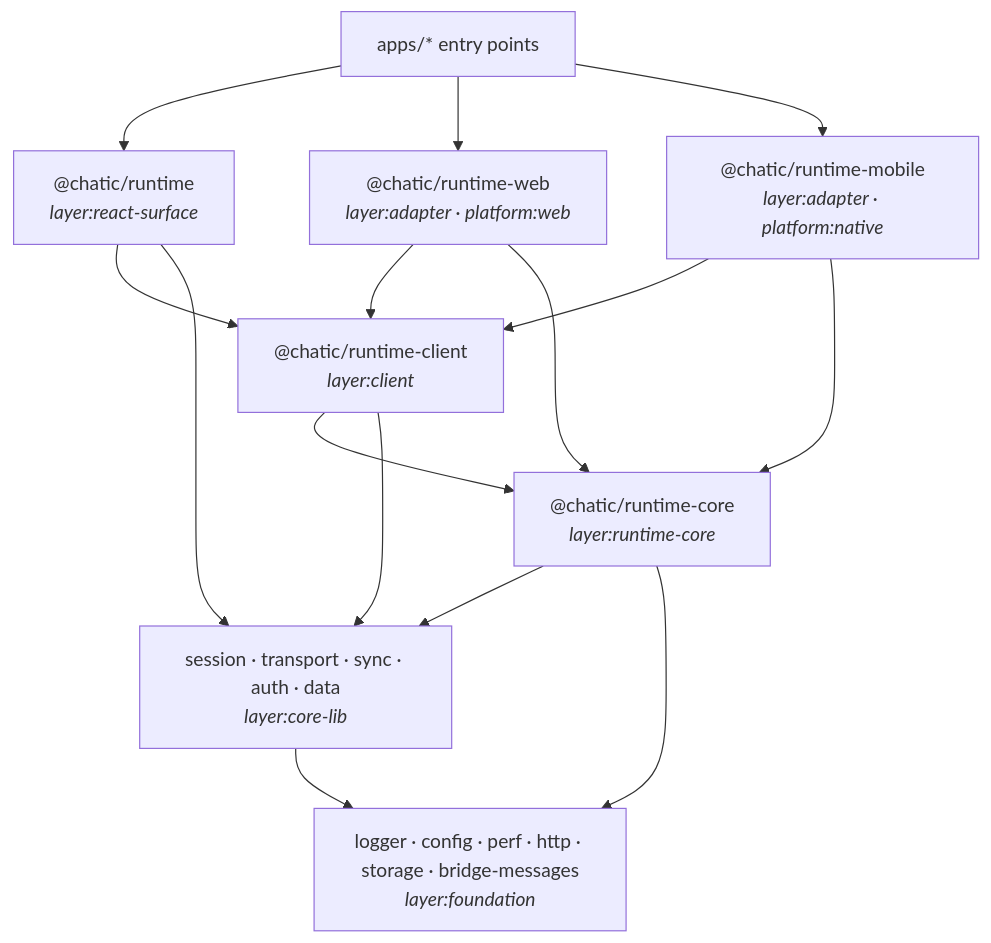
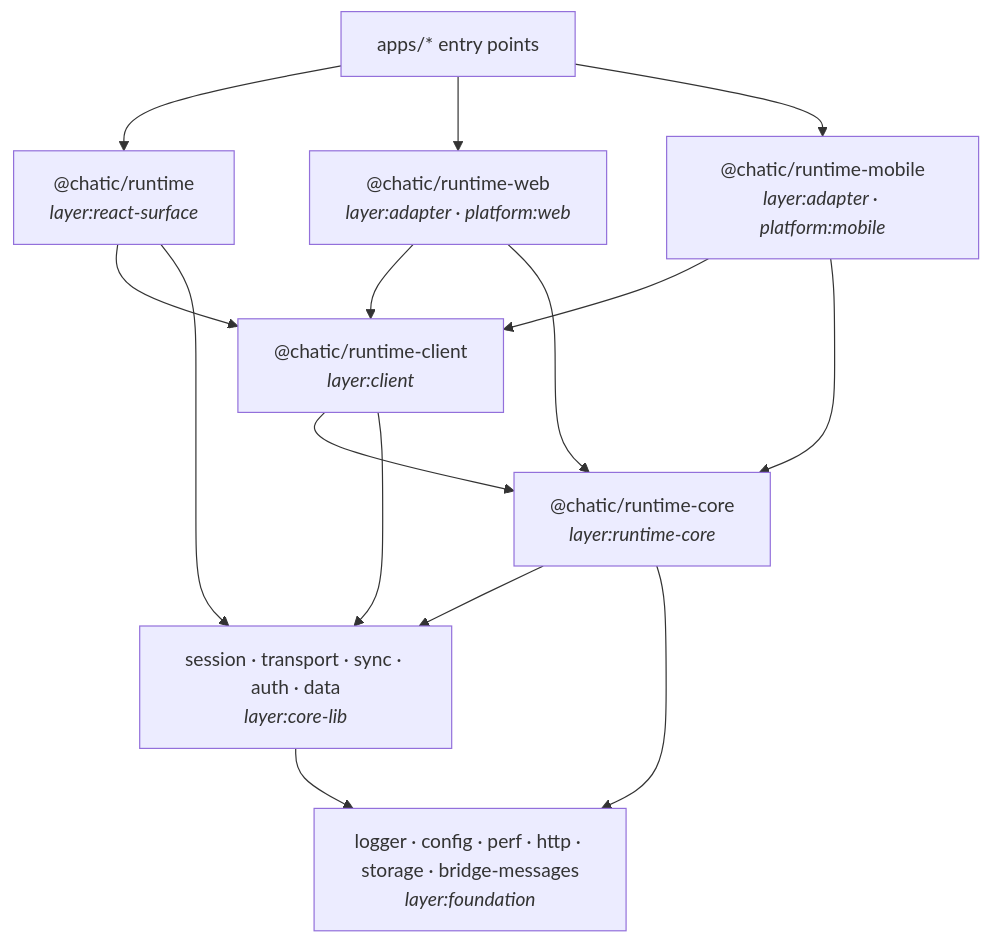
One commit to lemoncloud-io/dou-app changed the diagram in libs/runtime-core/README.md. Above: the diagram before and after it, drawn with Mermaid. The commit also changed other lines of this file and 62 other files, not shown here.

First line of the commit message:
refactor(config): tag every project on layer, platform and formfactor axes

````diff
--- a/libs/runtime-core/README.md
+++ b/libs/runtime-core/README.md
@@ -131,26 +131,26 @@
 ```mermaid
 flowchart TD
     Apps["apps/* entry points"]
     Surface["@chatic/runtime<br/><i>layer:react-surface</i>"]
     Client["@chatic/runtime-client<br/><i>layer:client</i>"]
     Web["@chatic/runtime-web<br/><i>layer:adapter · platform:web</i>"]
-    Native["@chatic/runtime-mobile<br/><i>layer:adapter · platform:native</i>"]
+    Native["@chatic/runtime-mobile<br/><i>layer:adapter · platform:mobile</i>"]
     Core["@chatic/runtime-core<br/><i>layer:runtime-core</i>"]
     Libs["session · transport · sync · auth · data<br/><i>layer:core-lib</i>"]
     Found["logger · config · perf · http · storage · bridge-messages<br/><i>layer:foundation</i>"]
 
     Apps --> Surface
     Apps --> Web
     Apps --> Native
     Surface --> Client
     Surface --> Libs
     Web --> Client
     Native --> Client
     Client --> Core
     Client --> Libs
     Web --> Core
     Native --> Core
     Core --> Libs
     Core --> Found
     Libs --> Found
 ```
````
